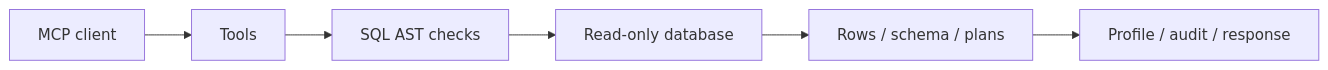
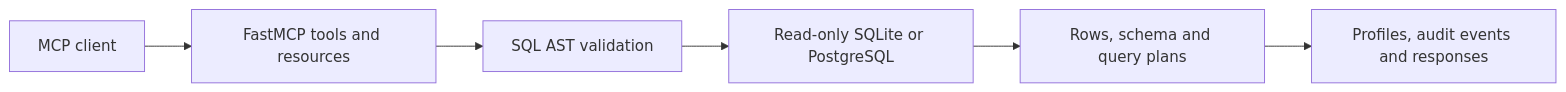
The diagram in README.md (adexxhh/mcp-database-auditor), drawn with Mermaid before and after one commit. The commit also changed other lines of this file, not shown here.

Commit message:
Focus README on project purpose architecture and usage

```diff
--- a/README.md
+++ b/README.md
@@ -14,8 +18,8 @@
 ~~~mermaid
 flowchart LR
-  Client[MCP client] --> Tools[Tools]
-  Tools --> Policy[SQL AST checks]
-  Policy --> DB[Read-only database]
-  DB --> Result[Rows / schema / plans]
-  Result --> Report[Profile / audit / response]
+  Client[MCP client] --> Tools[FastMCP tools and resources]
+  Tools --> Policy[SQL AST validation]
+  Policy --> Database[Read-only SQLite or PostgreSQL]
+  Database --> Results[Rows, schema and query plans]
+  Results --> Output[Profiles, audit events and responses]
 ~~~
```
